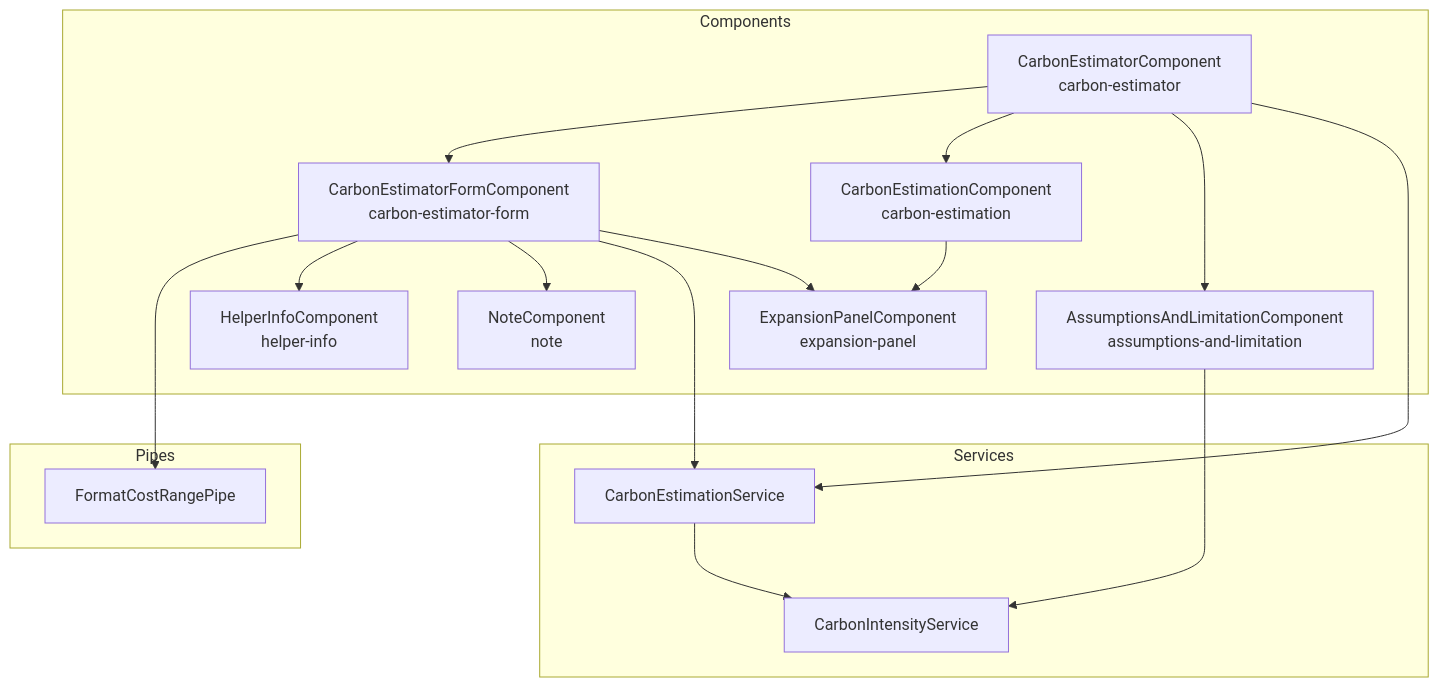
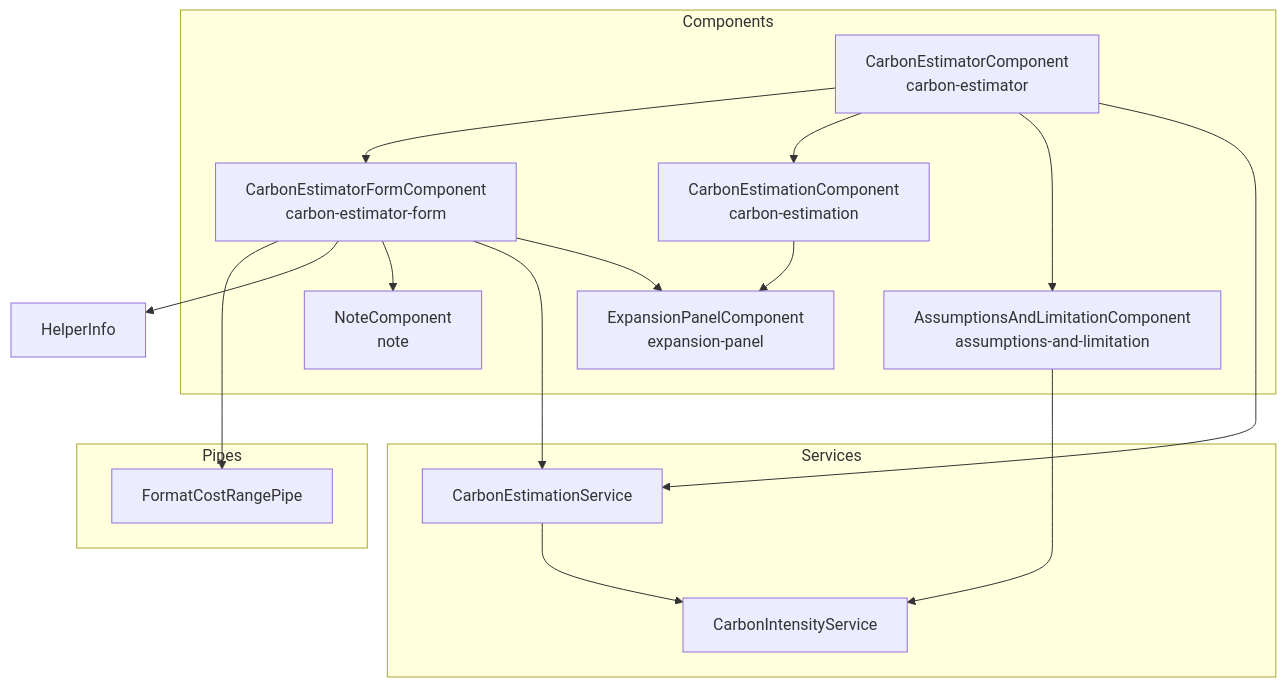
One commit to ScottLogic/sl-tech-carbon-estimator changed the diagram in docs/components.md. Above: the diagram before and after it, drawn with Mermaid. The commit also changed 6 other files, not shown here.

Commit message:
Remove HelperInfo component and @nctate/sat-popover dependency

````diff
--- a/docs/components.md
+++ b/docs/components.md
@@ -5,33 +5,31 @@
 ```mermaid
 flowchart TB
   subgraph Components
     CarbonEstimator["`CarbonEstimatorComponent
     carbon-estimator`"]
     CarbonEstimatorForm["`CarbonEstimatorFormComponent
     carbon-estimator-form`"]
     CarbonEstimation["`CarbonEstimationComponent
     carbon-estimation`"]
     Assumptions["`AssumptionsAndLimitationComponent
     assumptions-and-limitation`"]
-    HelperInfo["`HelperInfoComponent
-    helper-info`"]
     Note["`NoteComponent
     note`"]
     ExpansionPanel["`ExpansionPanelComponent
     expansion-panel`"]
   end
   subgraph Services
     CarbonEstimationService
     CarbonIntensityService
   end
   subgraph Pipes
     FormatCostRangePipe
   end
 
   CarbonEstimator --> CarbonEstimatorForm & CarbonEstimation & Assumptions
   CarbonEstimatorForm ---> FormatCostRangePipe
   CarbonEstimatorForm --> HelperInfo & Note
   CarbonEstimator & CarbonEstimatorForm ---> CarbonEstimationService
   CarbonEstimatorForm & CarbonEstimation --> ExpansionPanel
   CarbonEstimationService & Assumptions --> CarbonIntensityService
 ```
````
